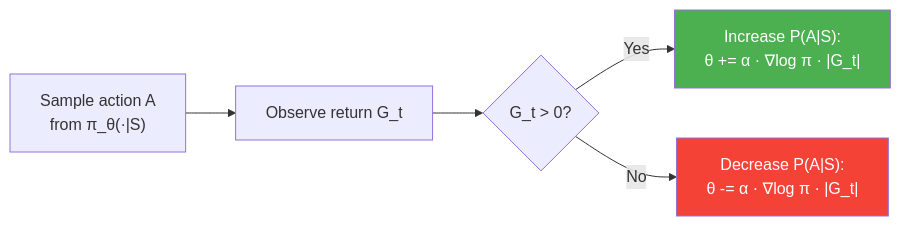
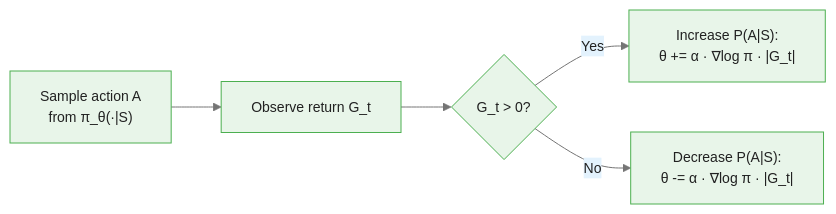
One commit to m-deane/course-creator changed the second of 3 diagrams in courses/reinforcement-learning/modules/module_06_policy_gradient/guides/01_policy_gradient_theorem_slides.md. Above: the diagram before and after it, drawn with Mermaid. The commit also changed other lines of this file and 131 other files, not shown here.

````diff
--- a/courses/reinforcement-learning/modules/module_06_policy_gradient/guides/01_policy_gradient_theorem_slides.md
+++ b/courses/reinforcement-learning/modules/module_06_policy_gradient/guides/01_policy_gradient_theorem_slides.md
@@ -181,16 +214,15 @@
 ```mermaid
+%%{init: {"theme": "base", "themeVariables": {"primaryColor": "#e8f5e9", "primaryBorderColor": "#4caf50", "primaryTextColor": "#212121", "secondaryColor": "#e3f2fd", "tertiaryColor": "#fff8e1", "lineColor": "#757575", "fontFamily": "Inter, sans-serif", "fontSize": "14px"}}}%%
 graph LR
     A["Sample action A\nfrom π_θ(·|S)"]
     B["Observe return G_t"]
     C{"G_t > 0?"}
     D["Increase P(A|S):\nθ += α · ∇log π · |G_t|"]
     E["Decrease P(A|S):\nθ -= α · ∇log π · |G_t|"]
 
     A --> B
     B --> C
     C -- Yes --> D
     C -- No --> E
 
-    style D fill:#4CAF50,color:#fff
-    style E fill:#F44336,color:#fff
 ```
````
